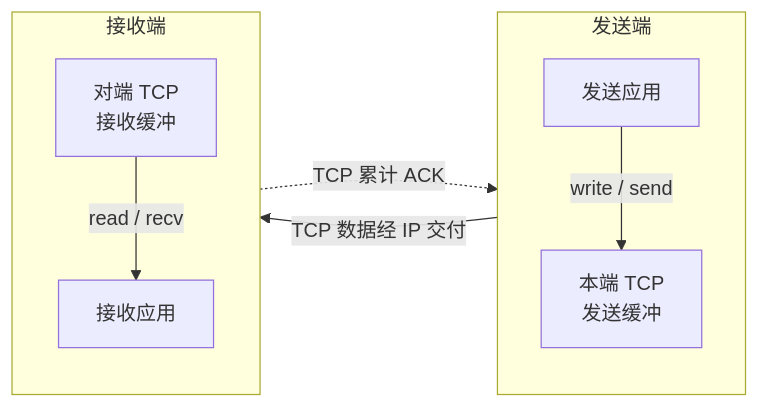
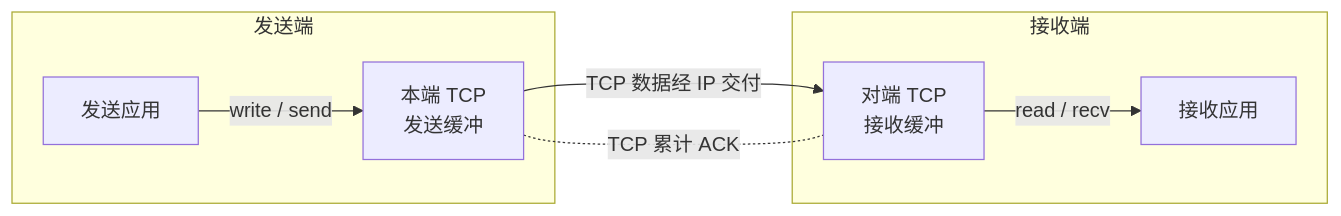
Before and after one commit to fordelkon/delkon.us.kg: the fifth of 5 diagrams in content/posts/networking/transport-tcp-udp-socket-quic.md, drawn with Mermaid. The commit also changed other lines of this file and 8 other files, not shown here.

First line of the commit message:
docs: audit networking series with C17 examples and diagram fixes

````diff
--- a/content/posts/networking/transport-tcp-udp-socket-quic.md
+++ b/content/posts/networking/transport-tcp-udp-socket-quic.md
@@ -165,13 +186,13 @@
 ```mermaid mobile-direction="TB" title="TCP 字节从发送应用到接收应用" description="实线表示单向字节流的交付路径，虚线表示反向的 TCP 累计确认。write 成功只表示本地接受了字节；接收端 TCP 不必等应用 read 才能确认。图不规定 ACK 和 read 的先后，也不表示一次写入对应一次读取。"
 flowchart LR
  subgraph local[发送端]
-  direction TB
   sender["发送应用"] -->|write / send| send_buffer["本端 TCP<br/>发送缓冲"]
  end
  subgraph remote[接收端]
-  direction TB
   receive_buffer["对端 TCP<br/>接收缓冲"] -->|read / recv| receiver["接收应用"]
  end
  send_buffer -->|TCP 数据经 IP 交付| receive_buffer
- receive_buffer -.->|TCP 累计 ACK| send_buffer
+ send_buffer <-.-|TCP 累计 ACK| receive_buffer
+ class sender,receiver actor
+ class send_buffer,receive_buffer resource
 ```
````
